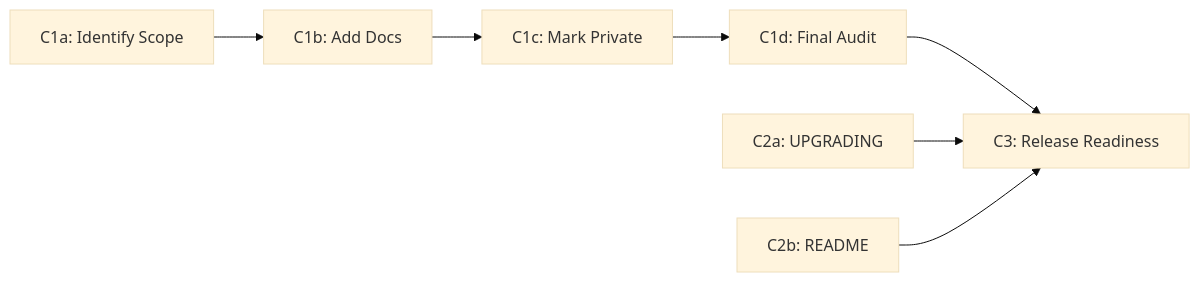
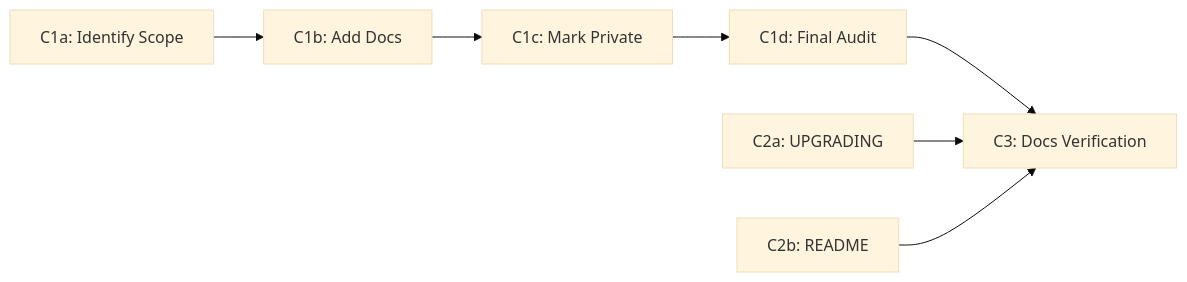
One commit to swi-infra/ruby-git changed the diagram in redesign/Phase 4 - Step C.md. Above: the diagram before and after it, drawn with Mermaid (base theme). The commit also changed other lines of this file, not shown here.

````diff
--- a/redesign/Phase 4 - Step C.md
+++ b/redesign/Phase 4 - Step C.md
@@ -84,17 +135,17 @@
 ```mermaid
 graph LR
     C1a["C1a: Identify Scope"]
     C1b["C1b: Add Docs"]
     C1c["C1c: Mark Private"]
     C1d["C1d: Final Audit"]
     C2a["C2a: UPGRADING"]
     C2b["C2b: README"]
-    C3["C3: Release Readiness"]
+    C3["C3: Docs Verification"]
 
     C1a --> C1b
     C1b --> C1c
     C1c --> C1d
     C1d --> C3
     C2a --> C3
     C2b --> C3
 ```
````
